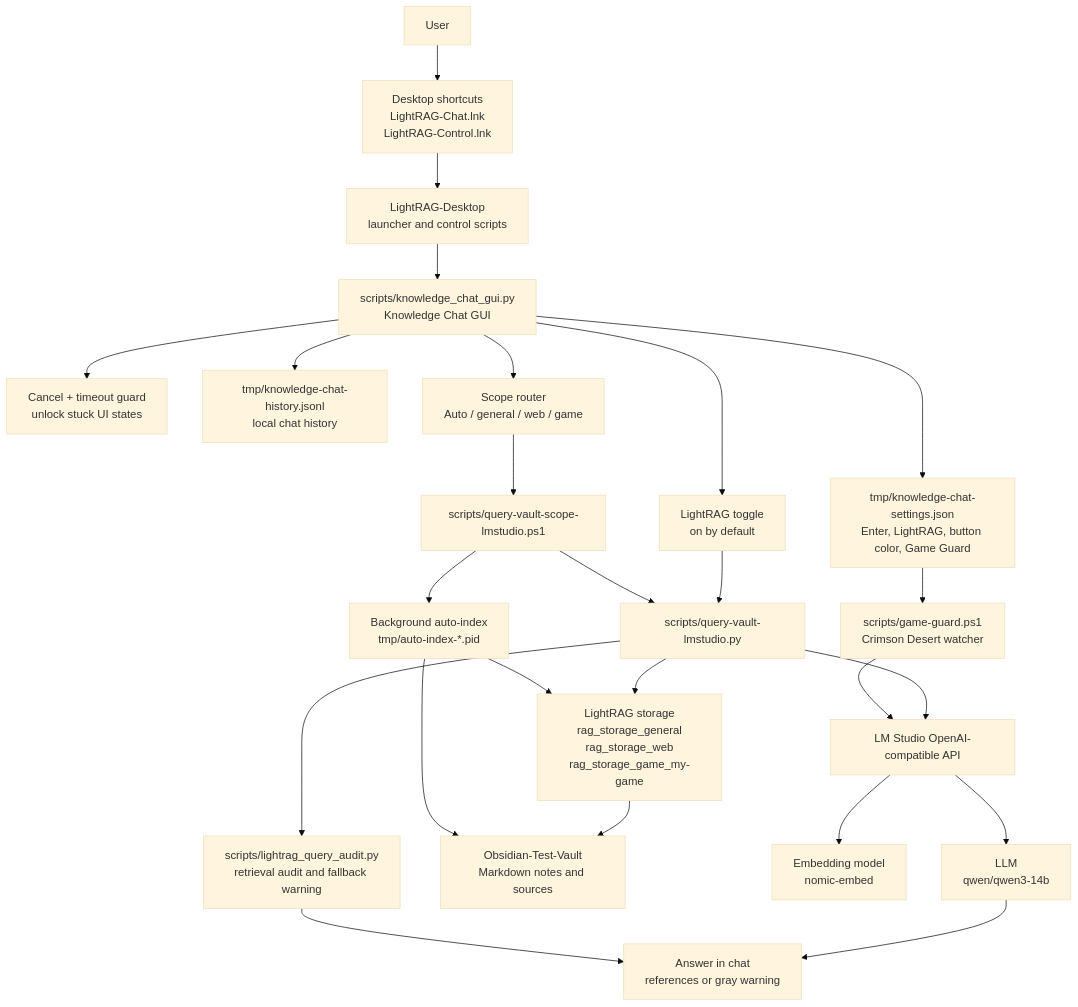
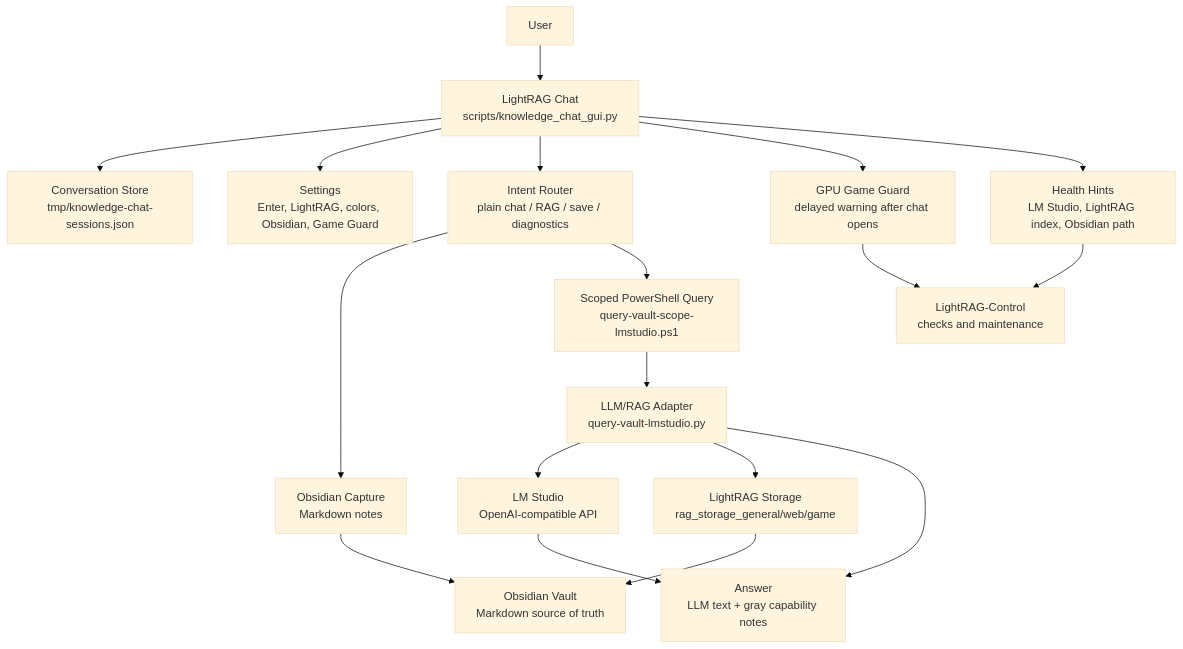
One commit to VxHxS/KnowledgeLab changed the first of 2 diagrams in ARCHITECTURE.md. Above: the diagram before and after it, drawn with Mermaid (base theme). The commit also changed other lines of this file and 12 other files, not shown here.

Commit message:
005 redesign chat architecture and installer notes

````diff
--- a/ARCHITECTURE.md
+++ b/ARCHITECTURE.md
@@ -54,48 +42,36 @@
 ```mermaid
 flowchart TD
     User["User"]
-    Desktop["Desktop shortcuts<br/>LightRAG-Chat.lnk<br/>LightRAG-Control.lnk"]
-    DesktopLogic["LightRAG-Desktop<br/>launcher and control scripts"]
-    ChatGUI["scripts/knowledge_chat_gui.py<br/>Knowledge Chat GUI"]
-    Toggle["LightRAG toggle<br/>on by default"]
-    Settings["tmp/knowledge-chat-settings.json<br/>Enter, LightRAG, button color, Game Guard"]
-    Cancel["Cancel + timeout guard<br/>unlock stuck UI states"]
-    History["tmp/knowledge-chat-history.jsonl<br/>local chat history"]
-    ScopeRouter["Scope router<br/>Auto / general / web / game"]
-    QueryPS["scripts/query-vault-scope-lmstudio.ps1"]
-    AutoIndex["Background auto-index<br/>tmp/auto-index-*.pid"]
-    QueryPY["scripts/query-vault-lmstudio.py"]
-    Audit["scripts/lightrag_query_audit.py<br/>retrieval audit and fallback warning"]
-    LightRAG["LightRAG storage<br/>rag_storage_general<br/>rag_storage_web<br/>rag_storage_game_my-game"]
-    Vault["Obsidian-Test-Vault<br/>Markdown notes and sources"]
-    GameGuard["scripts/game-guard.ps1<br/>Crimson Desert watcher"]
-    LMStudio["LM Studio OpenAI-compatible API"]
-    Embed["Embedding model<br/>nomic-embed"]
-    LLM["LLM<br/>qwen/qwen3-14b"]
-    Answer["Answer in chat<br/>references or gray warning"]
+    Chat["LightRAG Chat<br/>scripts/knowledge_chat_gui.py"]
+    Store["Conversation Store<br/>tmp/knowledge-chat-sessions.json"]
+    Settings["Settings<br/>Enter, LightRAG, colors, Obsidian, Game Guard"]
+    Router["Intent Router<br/>plain chat / RAG / save / diagnostics"]
+    Save["Obsidian Capture<br/>Markdown notes"]
+    Health["Health Hints<br/>LM Studio, LightRAG index, Obsidian path"]
+    Guard["GPU Game Guard<br/>delayed warning after chat opens"]
+    QueryPS["Scoped PowerShell Query<br/>query-vault-scope-lmstudio.ps1"]
+    QueryPY["LLM/RAG Adapter<br/>query-vault-lmstudio.py"]
+    LightRAG["LightRAG Storage<br/>rag_storage_general/web/game"]
+    Vault["Obsidian Vault<br/>Markdown source of truth"]
+    LMStudio["LM Studio<br/>OpenAI-compatible API"]
+    Control["LightRAG-Control<br/>checks and maintenance"]
+    Answer["Answer<br/>LLM text + gray capability notes"]
 
-    User --> Desktop
-    Desktop --> DesktopLogic
-    DesktopLogic --> ChatGUI
-    ChatGUI --> Toggle
-    ChatGUI --> Settings
-    ChatGUI --> Cancel
-    ChatGUI --> History
-    ChatGUI --> ScopeRouter
-    Settings --> GameGuard
-    ScopeRouter --> QueryPS
-    QueryPS --> AutoIndex
+    User --> Chat
+    Chat --> Store
+    Chat --> Settings
+    Chat --> Router
+    Router --> Save
+    Save --> Vault
+    Router --> QueryPS
     QueryPS --> QueryPY
-    QueryPY --> Audit
-    Toggle --> QueryPY
-    AutoIndex --> Vault
-    AutoIndex --> LightRAG
-    GameGuard --> LMStudio
+    QueryPY --> LMStudio
     QueryPY --> LightRAG
     LightRAG --> Vault
-    QueryPY --> LMStudio
-    LMStudio --> Embed
-    LMStudio --> LLM
-    Audit --> Answer
-    LLM --> Answer
+    QueryPY --> Answer
+    LMStudio --> Answer
+    Chat --> Guard
+    Chat --> Health
+    Health --> Control
+    Guard --> Control
 ```
````
